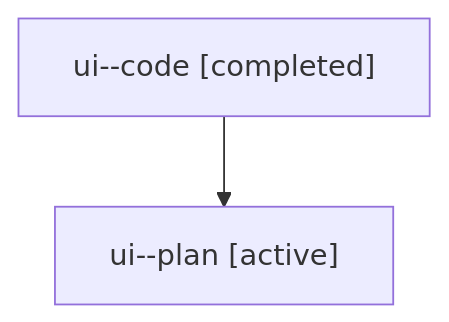
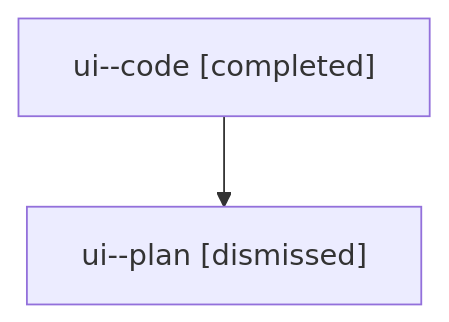
Before and after one commit to sase-org/sase--agents: the diagram in sessions/bbugyi200.athena.ui.md, drawn with Mermaid. The commit also changed other lines of this file and 13 other files, not shown here.

````diff
--- a/sessions/bbugyi200.athena.ui.md
+++ b/sessions/bbugyi200.athena.ui.md
@@ -9,6 +9,6 @@
 ```mermaid
 flowchart TD
   n0["ui--code [completed]"]
-  n1["ui--plan [active]"]
+  n1["ui--plan [dismissed]"]
   n0 --> n1
 ```
````
